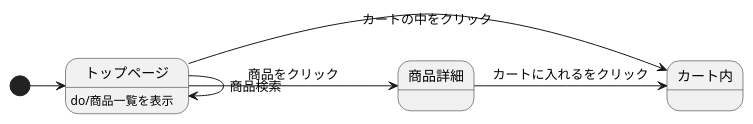
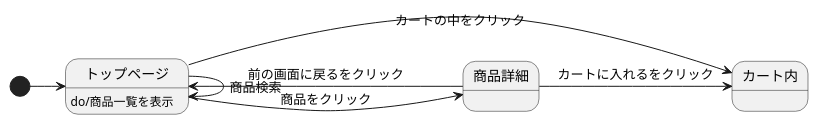
The diagram in kadai7.md (Aso2001195/2021sys-design), drawn with PlantUML before and after one commit.

````diff
--- a/kadai7.md
+++ b/kadai7.md
@@ -1,10 +1,11 @@
 ```uml
 @startuml
 [*] -> トップページ
 トップページ -> トップページ :商品検索
 トップページ -> 商品詳細 :商品をクリック
 トップページ -> カート内 :カートの中をクリック
 トップページ : do/商品一覧を表示
 商品詳細 -> カート内 :カートに入れるをクリック
+商品詳細 -> トップページ :前の画面に戻るをクリック
 @enduml
 ```
````
